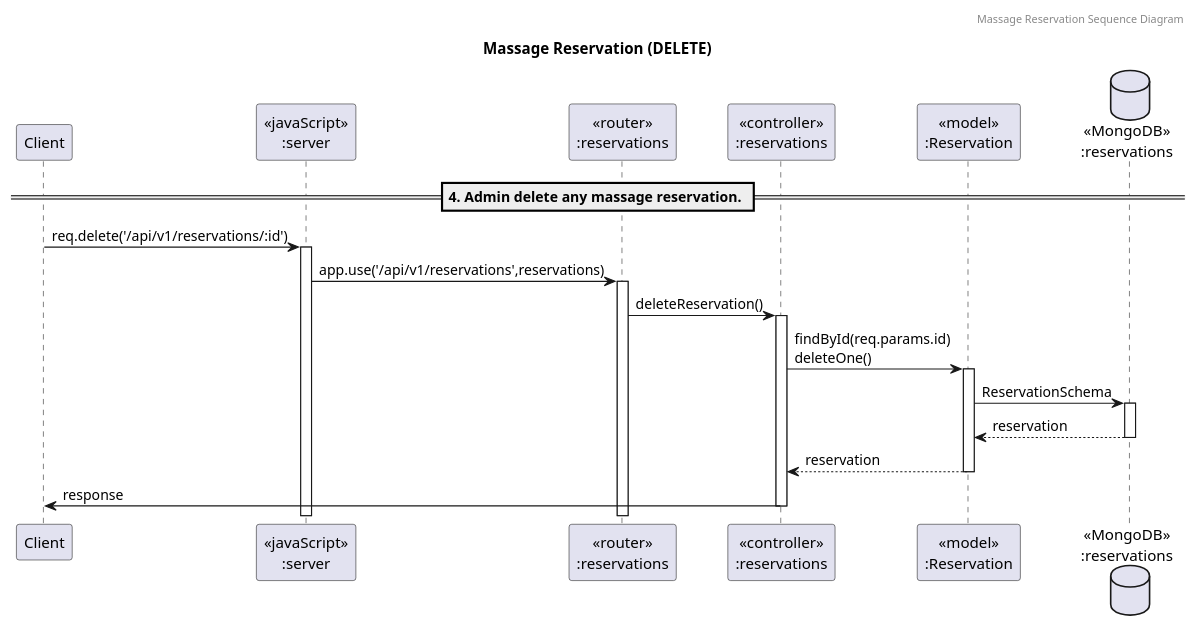
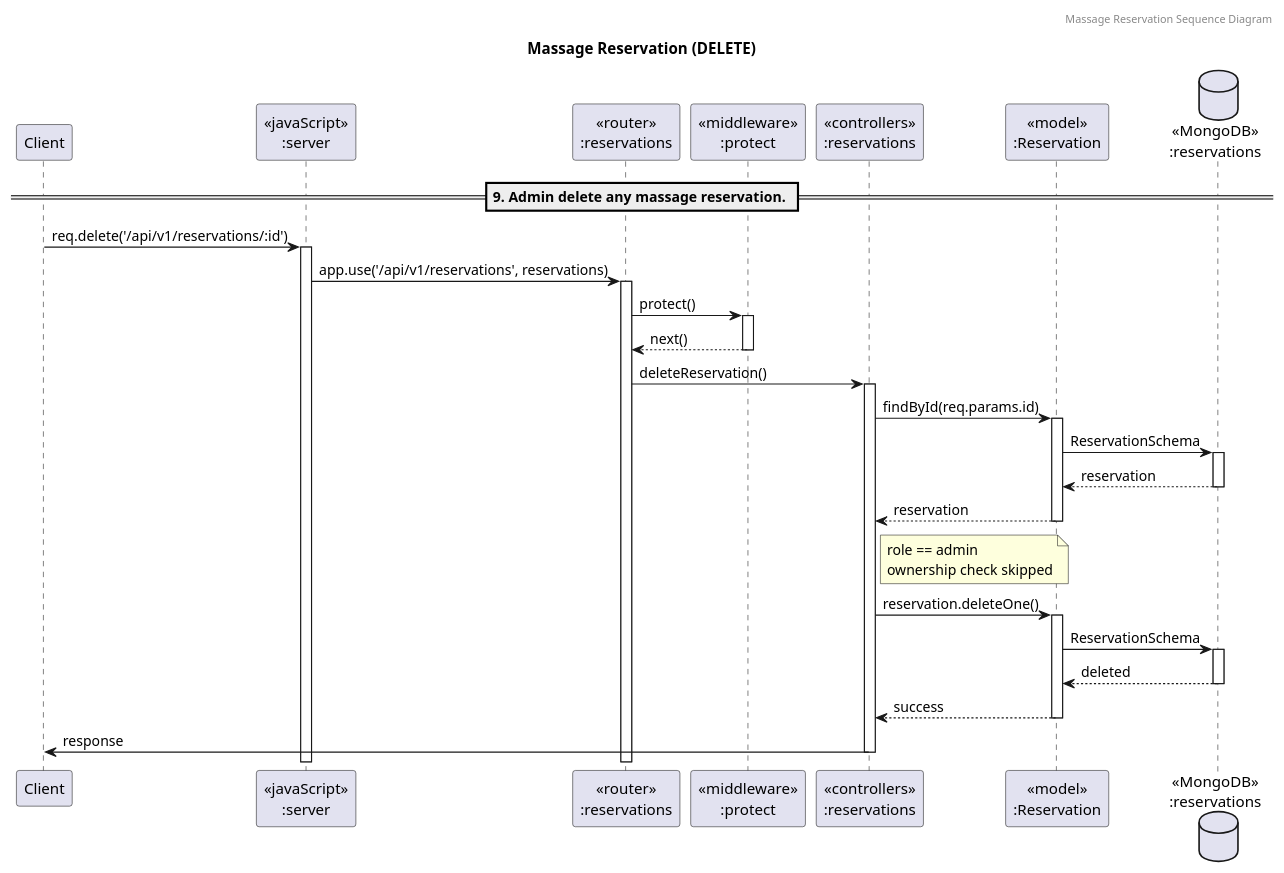
Before and after one commit to 14two-77/be-project-68-fangaodiwa: the diagram in docs/sequence-diagram/sequence-diagram_9.puml, drawn with PlantUML. The commit also changed 26 other files, not shown here.

Commit message:
add diagram

```diff
--- a/docs/sequence-diagram/sequence-diagram_9.puml
+++ b/docs/sequence-diagram/sequence-diagram_9.puml
@@ -1,24 +1,32 @@
 @startuml sequence-diagram
 
 header Massage Reservation Sequence Diagram
 title "Massage Reservation (DELETE)"
 
 participant "Client" as client
 participant "<<javaScript>>\n:server" as server
 participant "<<router>>\n:reservations" as routerReservations
-participant "<<controller>>\n:reservations" as controllersReservations
+participant "<<middleware>>\n:protect" as middlewareProtect
+participant "<<controllers>>\n:reservations" as controllersReservations
 participant "<<model>>\n:Reservation" as modelReservation
 database "<<MongoDB>>\n:reservations" as reservationsDatabase
 
-== 4. Admin delete any massage reservation. ==
+== 9. Admin delete any massage reservation. ==
 
 client -> server ++: req.delete('/api/v1/reservations/:id')
-server -> routerReservations ++: app.use('/api/v1/reservations',reservations)
+server -> routerReservations ++: app.use('/api/v1/reservations', reservations)
+routerReservations -> middlewareProtect ++: protect()
+middlewareProtect --> routerReservations --: next()
 routerReservations -> controllersReservations ++: deleteReservation()
-controllersReservations-> modelReservation ++: findById(req.params.id)\ndeleteOne()
+controllersReservations -> modelReservation ++: findById(req.params.id)
 modelReservation -> reservationsDatabase ++: ReservationSchema
 reservationsDatabase --> modelReservation --: reservation
 controllersReservations <-- modelReservation --: reservation
+note right of controllersReservations: role == admin\nownership check skipped
+controllersReservations -> modelReservation ++: reservation.deleteOne()
+modelReservation -> reservationsDatabase ++: ReservationSchema
+reservationsDatabase --> modelReservation --: deleted
+controllersReservations <-- modelReservation --: success
 controllersReservations -> client --: response
 
 @enduml
```
